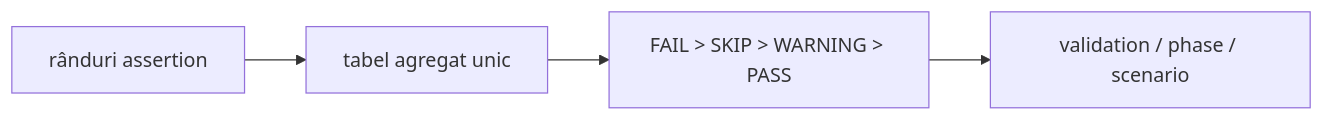
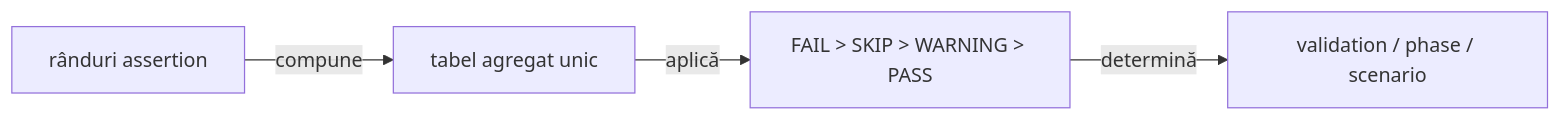
The fourth of 9 diagrams in docs/ATF_Reporting_Contract.md (crististefanita/demo2), drawn with Mermaid before and after one commit. The commit also changed other lines of this file and 52 other files, not shown here.

````diff
--- a/docs/ATF_Reporting_Contract.md
+++ b/docs/ATF_Reporting_Contract.md
@@ -241,6 +241,6 @@
 ```mermaid
 flowchart LR
-    Rows["rânduri assertion"] --> Aggregate["tabel agregat unic"]
-    Aggregate --> Precedence["FAIL > SKIP > WARNING > PASS"]
-    Precedence --> Verdict["validation / phase / scenario"]
+    Rows["rânduri assertion"] -->|compune| Aggregate["tabel agregat unic"]
+    Aggregate -->|aplică| Precedence["FAIL > SKIP > WARNING > PASS"]
+    Precedence -->|determină| Verdict["validation / phase / scenario"]
 ```
````
